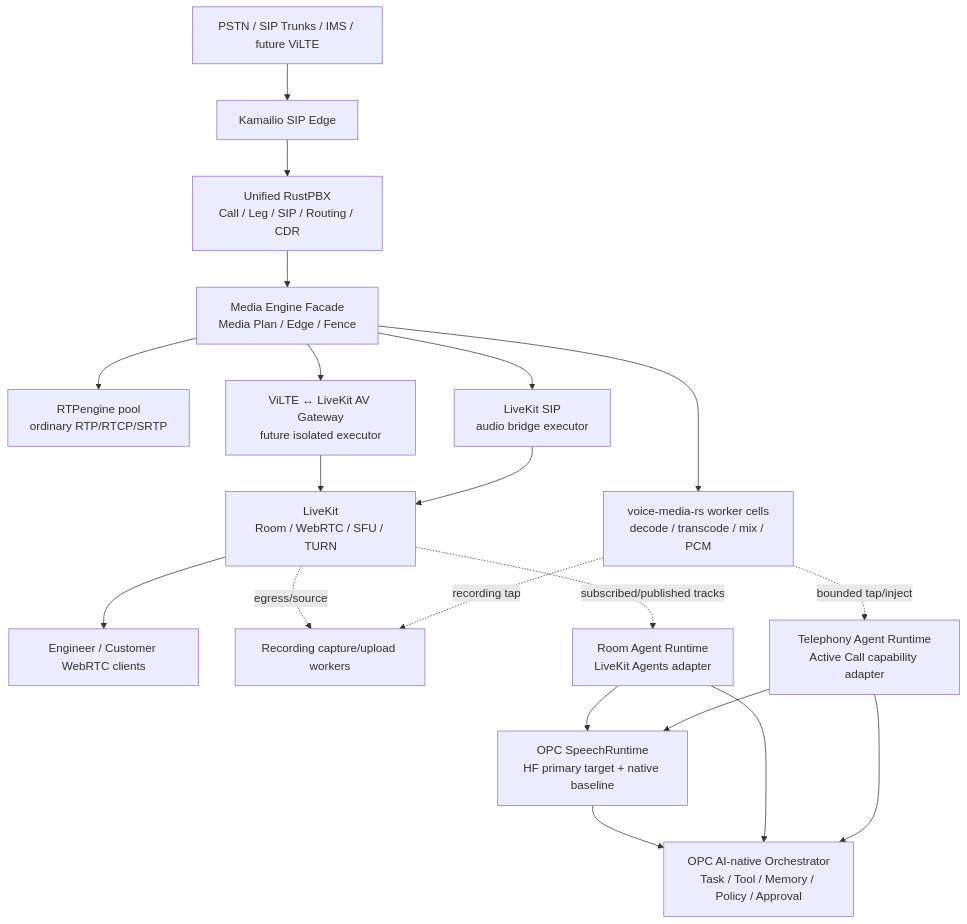
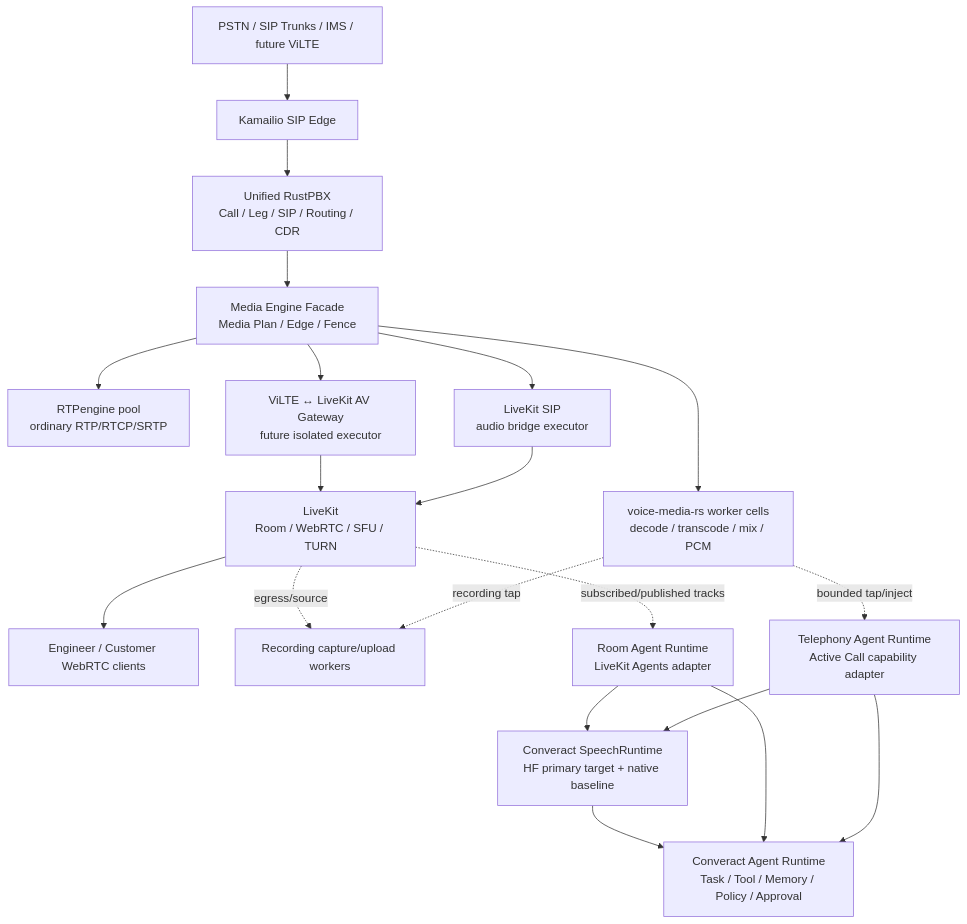
One commit to songgoldenwind-crypto/converact-platform changed the diagram in docs/design/unified-communication-foundation-r5.md. Above: the diagram before and after it, drawn with Mermaid. The commit also changed other lines of this file and 1807 other files, not shown here.

````diff
--- a/docs/design/unified-communication-foundation-r5.md
+++ b/docs/design/unified-communication-foundation-r5.md
@@ -305,34 +329,34 @@
 ```mermaid
 flowchart TB
   PSTN["PSTN / SIP Trunks / IMS / future ViLTE"]
   KAM["Kamailio SIP Edge"]
   PBX["Unified RustPBX<br/>Call / Leg / SIP / Routing / CDR"]
   MEF["Media Engine Facade<br/>Media Plan / Edge / Fence"]
   RTP["RTPengine pool<br/>ordinary RTP/RTCP/SRTP"]
   VMW["voice-media-rs worker cells<br/>decode / transcode / mix / PCM"]
   LKSIP["LiveKit SIP<br/>audio bridge executor"]
   AVG["ViLTE ↔ LiveKit AV Gateway<br/>future isolated executor"]
   LK["LiveKit<br/>Room / WebRTC / SFU / TURN"]
   WEB["Engineer / Customer WebRTC clients"]
   REC["Recording capture/upload workers"]
   TAI["Telephony Agent Runtime<br/>Active Call capability adapter"]
   LAI["Room Agent Runtime<br/>LiveKit Agents adapter"]
-  SR["OPC SpeechRuntime<br/>HF primary target + native baseline"]
-  ORCH["OPC AI-native Orchestrator<br/>Task / Tool / Memory / Policy / Approval"]
+  SR["Converact SpeechRuntime<br/>HF primary target + native baseline"]
+  ORCH["Converact Agent Runtime<br/>Task / Tool / Memory / Policy / Approval"]
 
   PSTN --> KAM --> PBX --> MEF
   MEF --> RTP
   MEF --> VMW
   MEF --> LKSIP --> LK
   MEF --> AVG --> LK
   LK --> WEB
   VMW -. "bounded tap/inject" .-> TAI
   LK -. "subscribed/published tracks" .-> LAI
   TAI --> SR
   LAI --> SR
   TAI --> ORCH
   LAI --> ORCH
   SR --> ORCH
   VMW -. "recording tap" .-> REC
   LK -. "egress/source" .-> REC
 ```
````
